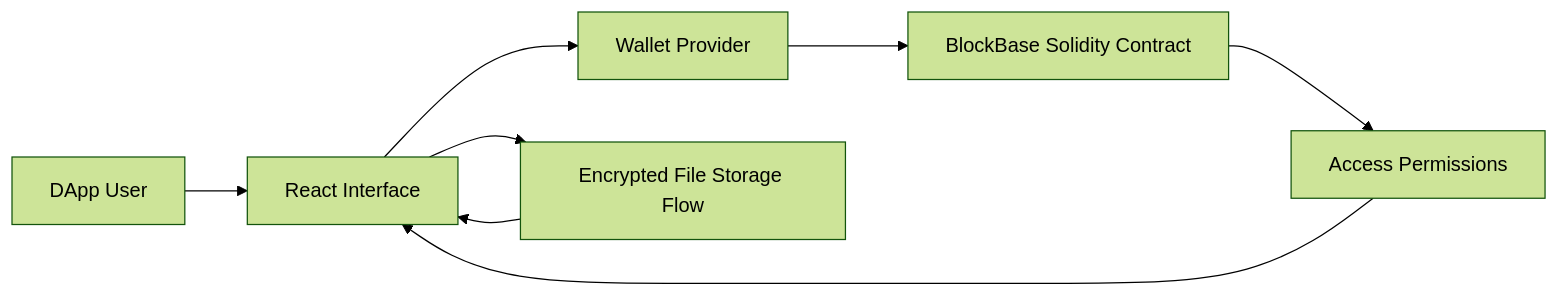
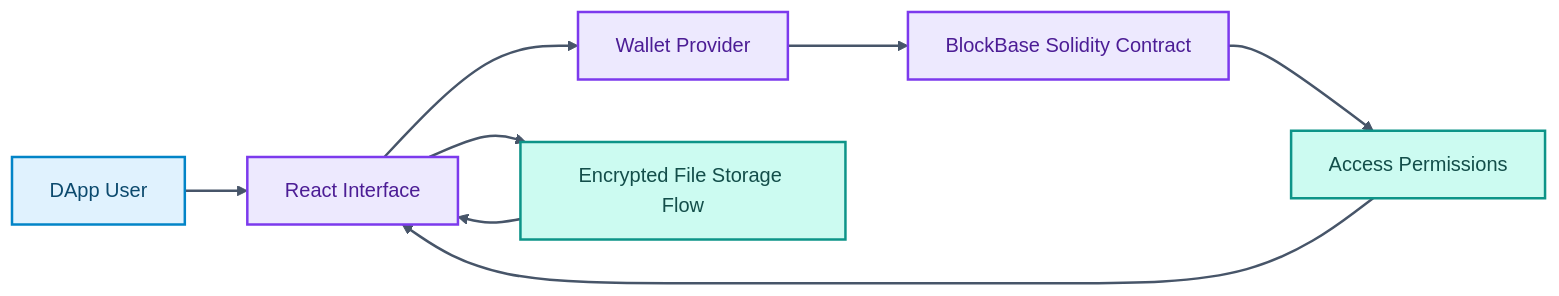
Before and after one commit to skx56/Blockbase_project: the diagram in README.md, drawn with Mermaid (forest theme).

Commit message:
Colorize README architecture diagram

````diff
--- a/README.md
+++ b/README.md
@@ -29,10 +29,20 @@
 ```mermaid
 flowchart LR
   User["DApp User"] --> ReactApp["React Interface"]
   ReactApp --> Wallet["Wallet Provider"]
   Wallet --> Contract["BlockBase Solidity Contract"]
   ReactApp --> Storage["Encrypted File Storage Flow"]
   Contract --> Permissions["Access Permissions"]
   Permissions --> ReactApp
   Storage --> ReactApp
+
+  classDef inputs fill:#E0F2FE,stroke:#0284C7,color:#0C4A6E,stroke-width:2px;
+  classDef process fill:#EDE9FE,stroke:#7C3AED,color:#4C1D95,stroke-width:2px;
+  classDef data fill:#CCFBF1,stroke:#0D9488,color:#134E4A,stroke-width:2px;
+  classDef agent fill:#FCE7F3,stroke:#DB2777,color:#831843,stroke-width:2px;
+  classDef output fill:#FEF9C3,stroke:#CA8A04,color:#713F12,stroke-width:2px;
+  class User inputs;
+  class ReactApp,Wallet,Contract process;
+  class Storage,Permissions data;
+  linkStyle default stroke:#475569,stroke-width:2px;
 ```
````
